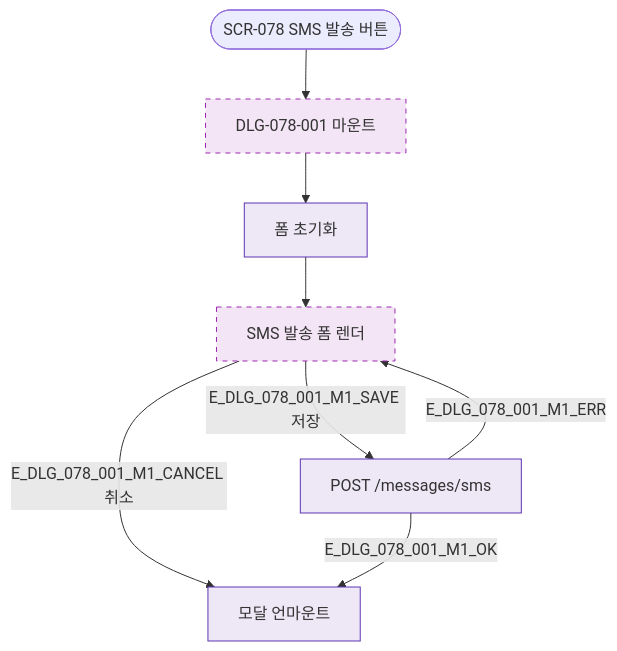
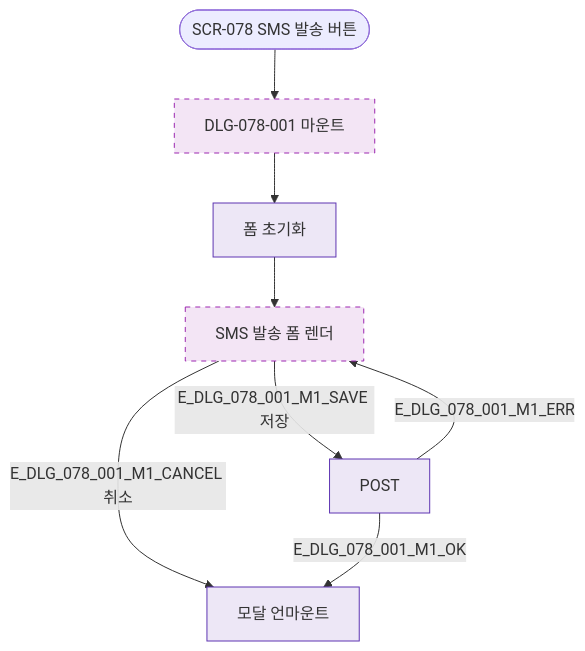
One commit to dev-spogym/admin-pando changed the diagram in docs/다이어그램/D08_마케팅/DLG/DLG-078-001/M1_모달생명주기.md. Above: the diagram before and after it, drawn with Mermaid. The commit also changed other lines of this file and 1660 other files, not shown here.

First line of the commit message:
다이어그램: 기획자/클라이언트 납품본으로 정리

````diff
--- a/docs/다이어그램/D08_마케팅/DLG/DLG-078-001/M1_모달생명주기.md
+++ b/docs/다이어그램/D08_마케팅/DLG/DLG-078-001/M1_모달생명주기.md
@@ -14,16 +12,16 @@
 ```mermaid
 flowchart TD
   TRIGGER([SCR-078 SMS 발송 버튼]) --> OPEN[DLG-078-001 마운트]
   OPEN --> INIT[폼 초기화]
   INIT --> RENDER[SMS 발송 폼 렌더]
-  RENDER -->|E_DLG_078_001_M1_SAVE 저장| SUBMIT[POST /messages/sms]
-  RENDER -->|E_DLG_078_001_M1_CANCEL 취소| UNMOUNT[모달 언마운트]
-  SUBMIT -->|E_DLG_078_001_M1_OK| UNMOUNT
-  SUBMIT -->|E_DLG_078_001_M1_ERR| RENDER
+  RENDER -->|E_DLG_078_001_M1_SAVE 저장|SUBMIT[POST]
+  RENDER -->|E_DLG_078_001_M1_CANCEL 취소|UNMOUNT[모달 언마운트]
+  SUBMIT -->|E_DLG_078_001_M1_OK|UNMOUNT
+  SUBMIT -->|E_DLG_078_001_M1_ERR|RENDER
 
   classDef newFeature fill:#F3E5F5,stroke:#9C27B0,stroke-dasharray:5 5
-  classDef system     fill:#EDE7F6,stroke:#5E35B2
+  classDef system fill:#EDE7F6,stroke:#5E35B2
 
   class OPEN,RENDER newFeature
   class INIT,SUBMIT,UNMOUNT system
 ```
````
